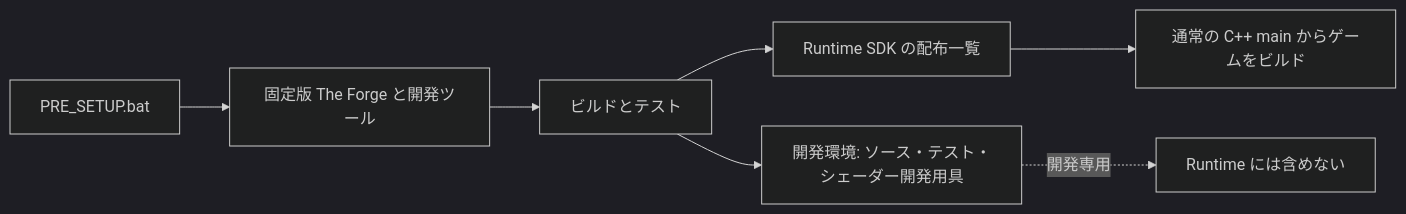
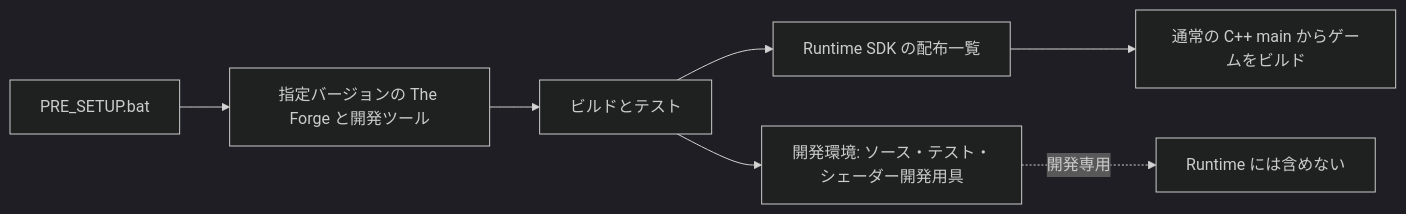
One commit to mynameisGaku/gkcore changed the diagram in README.md. Above: the diagram before and after it, drawn with Mermaid (dark theme). The commit also changed other lines of this file and 13 other files, not shown here.

````diff
--- a/README.md
+++ b/README.md
@@ -46,9 +46,9 @@
 ```mermaid
 flowchart LR
-    P[PRE_SETUP.bat] --> F[固定版 The Forge と開発ツール]
+    P[PRE_SETUP.bat] --> F[指定バージョンの The Forge と開発ツール]
     F --> B[ビルドとテスト]
     B --> R[Runtime SDK の配布一覧]
     B --> D[開発環境: ソース・テスト・シェーダー開発用具]
     R --> G[通常の C++ main からゲームをビルド]
     D -. 開発専用 .-> X[Runtime には含めない]
 ```
````
